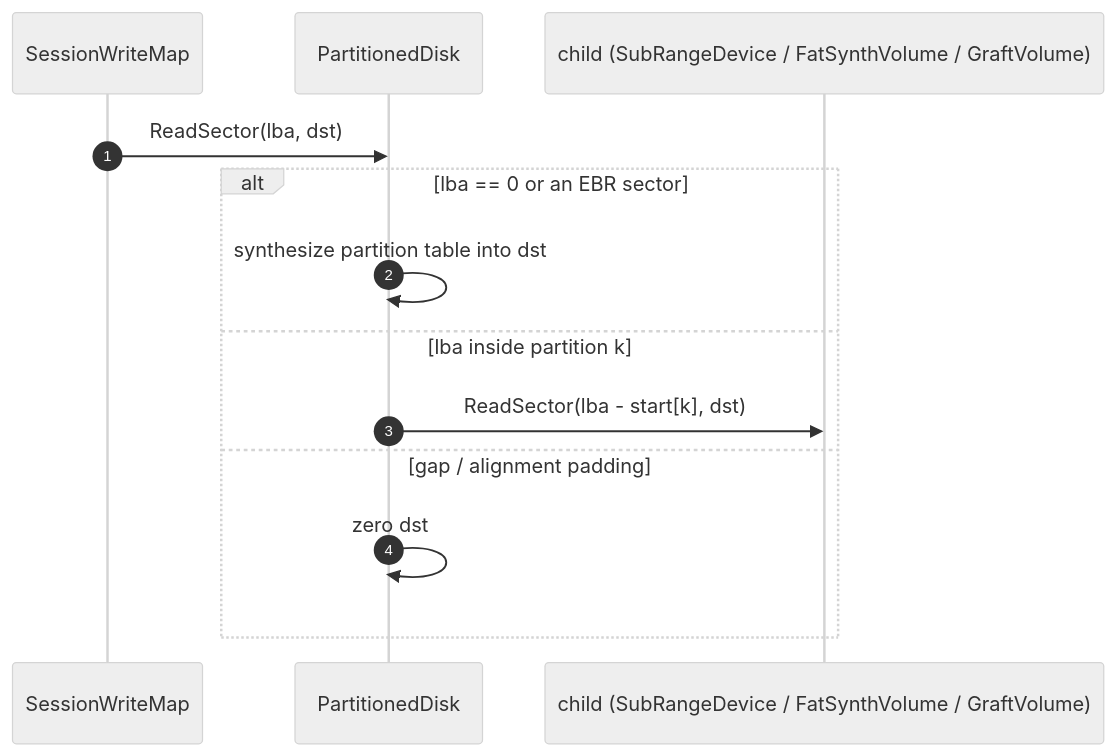
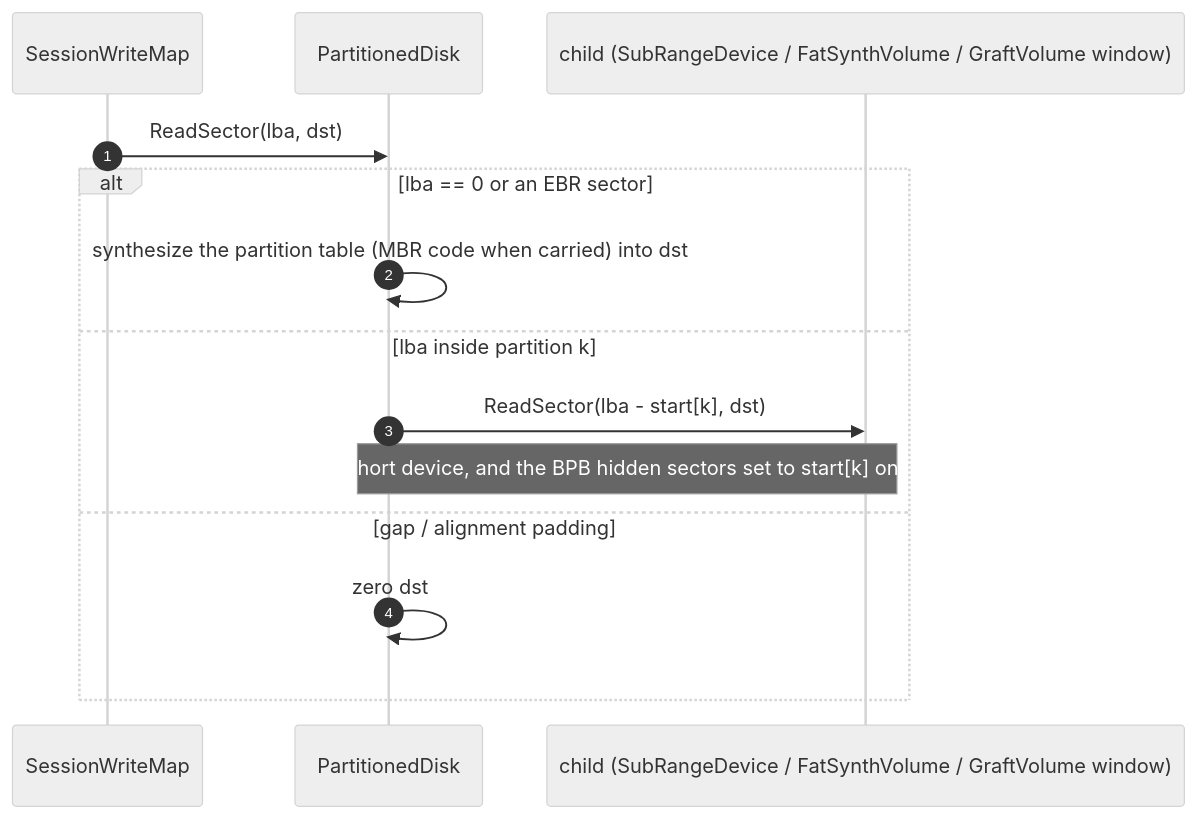
The seventh of 13 diagrams in docs/inprogress/2026-10-05-media-multisource/architecture.md (alfishe/unreal-ng), drawn with Mermaid (neutral theme) before and after one commit. The commit also changed other lines of this file and 57 other files, not shown here.

````diff
--- a/docs/inprogress/2026-10-05-media-multisource/architecture.md
+++ b/docs/inprogress/2026-10-05-media-multisource/architecture.md
@@ -320,16 +473,17 @@
 ```mermaid
 sequenceDiagram
     autonumber
     participant CL as SessionWriteMap
     participant PD as PartitionedDisk
-    participant C as child (SubRangeDevice / FatSynthVolume / GraftVolume)
+    participant C as child (SubRangeDevice / FatSynthVolume / GraftVolume window)
 
     CL->>PD: ReadSector(lba, dst)
     alt lba == 0 or an EBR sector
-        PD->>PD: synthesize partition table into dst
+        PD->>PD: synthesize the partition table (MBR code when carried) into dst
     else lba inside partition k
         PD->>C: ReadSector(lba - start[k], dst)
+        Note over PD,C: zeros past a short device, and the BPB hidden sectors set to start[k] on a boot sector
     else gap / alignment padding
         PD->>PD: zero dst
     end
 ```
````
